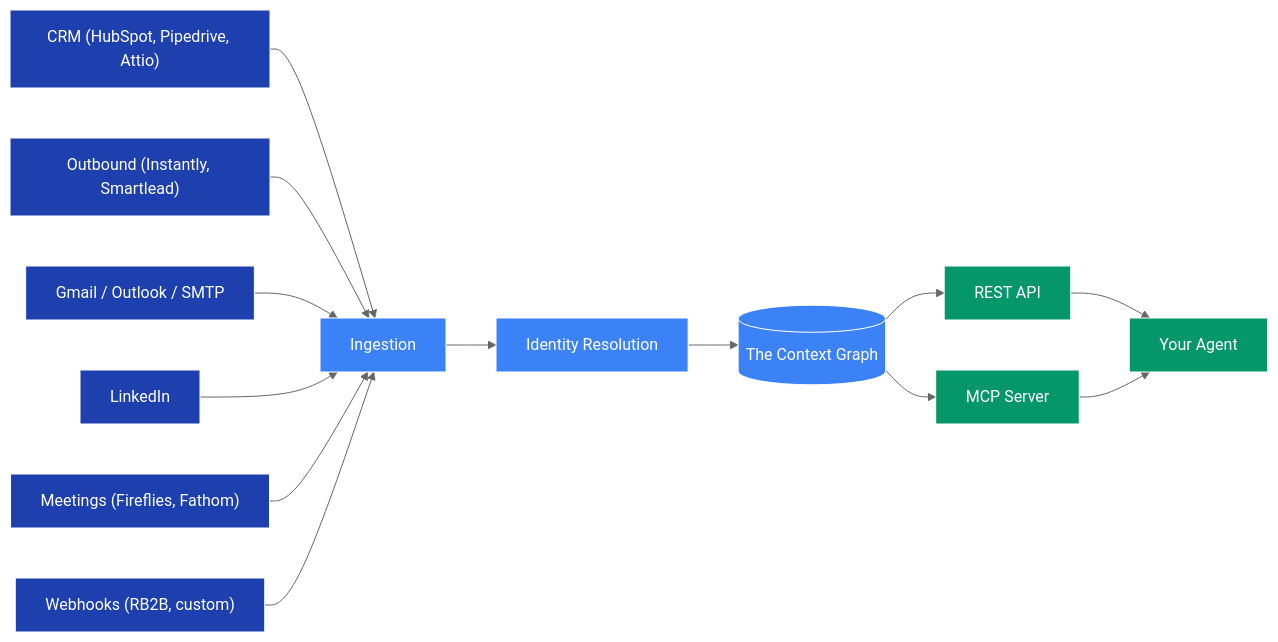
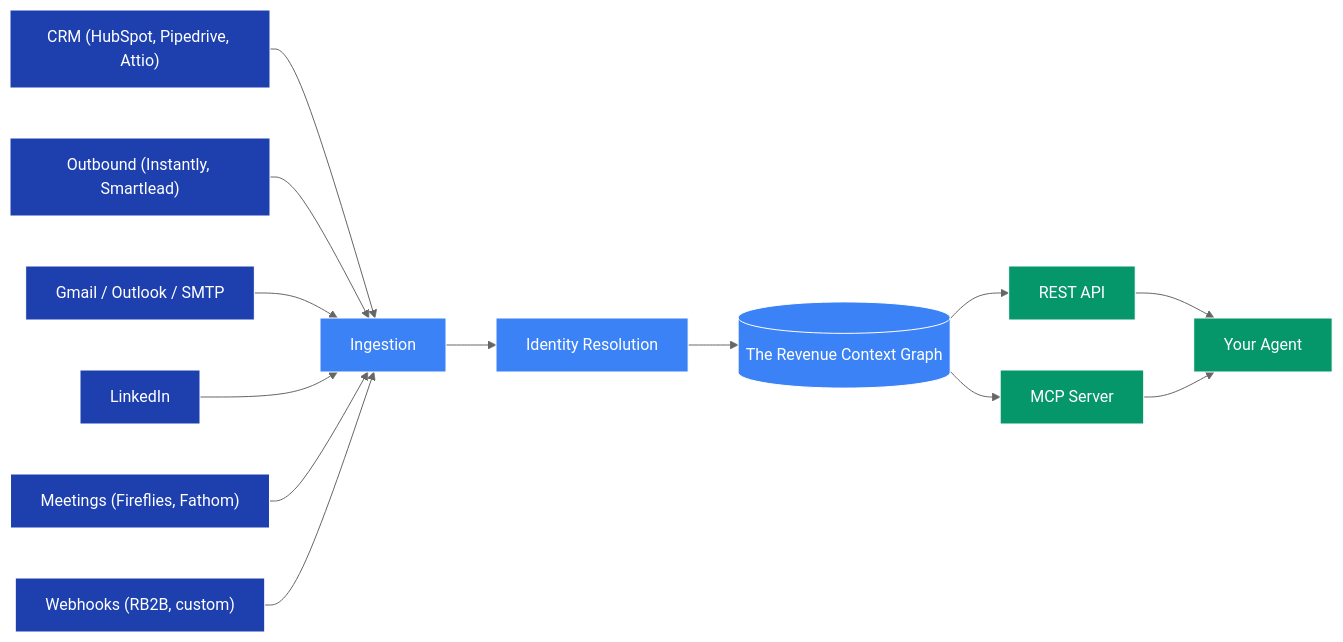
Before and after one commit to NousC/docs: the diagram in getting-started/how-it-works.mdx, drawn with Mermaid (neutral theme). The commit also changed other lines of this file and 15 other files, not shown here.

First line of the commit message:
Docs: Connect pages per platform in the MCP tab, and say revenue context graph (GET-764) (#15)

````diff
--- a/getting-started/how-it-works.mdx
+++ b/getting-started/how-it-works.mdx
@@ -10,36 +10,36 @@
 ```mermaid theme={null}
 flowchart LR
     classDef source fill:#1E40AF,color:white,stroke:#fff
     classDef core fill:#3B82F6,color:white,stroke:#fff
     classDef output fill:#059669,color:white,stroke:#fff
 
     crm["CRM (HubSpot, Pipedrive, Attio)"]:::source
     out["Outbound (Instantly, Smartlead)"]:::source
     mail["Gmail / Outlook / SMTP"]:::source
     li["LinkedIn"]:::source
     meet["Meetings (Fireflies, Fathom)"]:::source
     web["Webhooks (RB2B, custom)"]:::source
 
     ingest["Ingestion"]:::core
     resolve["Identity Resolution"]:::core
-    cg[("The Context Graph")]:::core
+    cg[("The Revenue Context Graph")]:::core
 
     api["REST API"]:::output
     mcp["MCP Server"]:::output
     agent["Your Agent"]:::output
 
     crm --> ingest
     out --> ingest
     mail --> ingest
     li --> ingest
     meet --> ingest
     web --> ingest
 
     ingest --> resolve
     resolve --> cg
 
     cg --> api
     cg --> mcp
     api --> agent
     mcp --> agent
 ```
````
